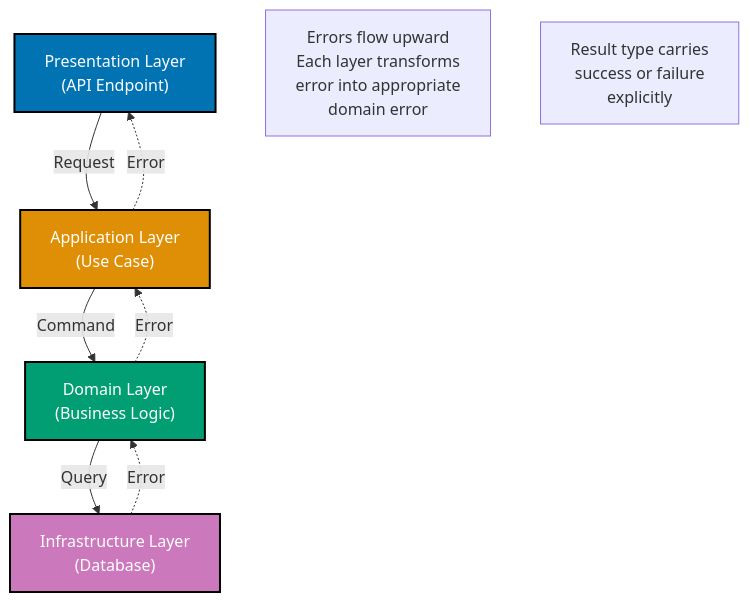
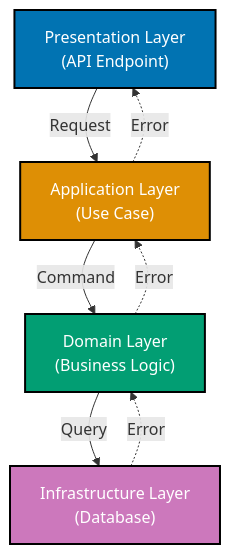
Before and after one commit to wahidyankf/ose-primer: the first of 5 diagrams in docs/explanation/software-engineering/programming-languages/typescript/error-handling.md, drawn with Mermaid. The commit also changed other lines of this file and 16 other files, not shown here.

Commit message:
fix(docs): fix mermaid violations in typescript/ docs (batch 1/10)

````diff
--- a/docs/explanation/software-engineering/programming-languages/typescript/error-handling.md
+++ b/docs/explanation/software-engineering/programming-languages/typescript/error-handling.md
@@ -46,24 +46,21 @@
 ```mermaid
 %% Color Palette: Blue #0173B2, Orange #DE8F05, Teal #029E73, Purple #CC78BC, Brown #CA9161
 graph TD
     Presentation["Presentation Layer<br/>#40;API Endpoint#41;"]:::blue
     Application["Application Layer<br/>#40;Use Case#41;"]:::orange
     Domain["Domain Layer<br/>#40;Business Logic#41;"]:::teal
     Infrastructure["Infrastructure Layer<br/>#40;Database#41;"]:::purple
 
     Presentation -->|Request| Application
     Application -->|Command| Domain
     Domain -->|Query| Infrastructure
 
     Infrastructure -.->|Error| Domain
     Domain -.->|Error| Application
     Application -.->|Error| Presentation
 
-    Note1["Errors flow upward<br/>Each layer transforms<br/>error into appropriate<br/>domain error"]
-    Note2["Result type carries<br/>success or failure<br/>explicitly"]
-
     classDef blue fill:#0173B2,stroke:#000000,color:#FFFFFF,stroke-width:2px
     classDef orange fill:#DE8F05,stroke:#000000,color:#FFFFFF,stroke-width:2px
     classDef teal fill:#029E73,stroke:#000000,color:#FFFFFF,stroke-width:2px
     classDef purple fill:#CC78BC,stroke:#000000,color:#FFFFFF,stroke-width:2px
 ```
````
